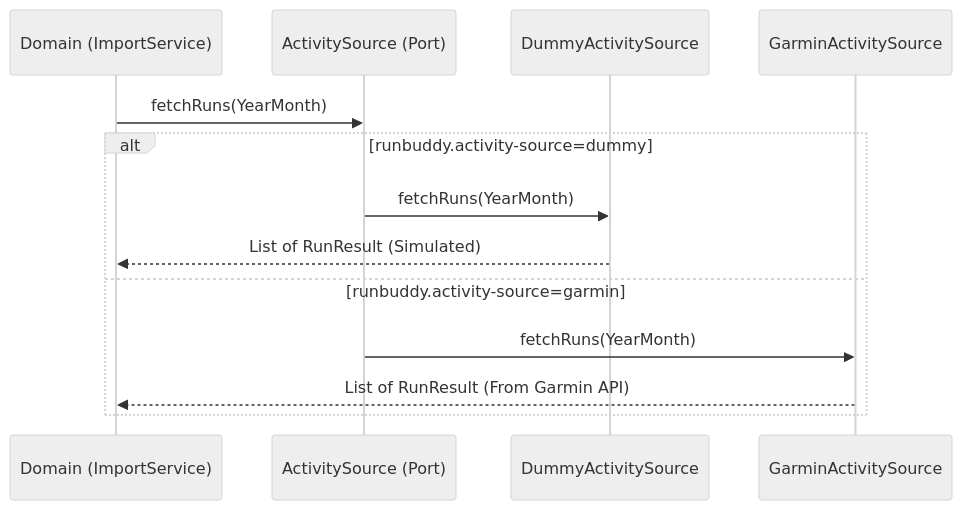
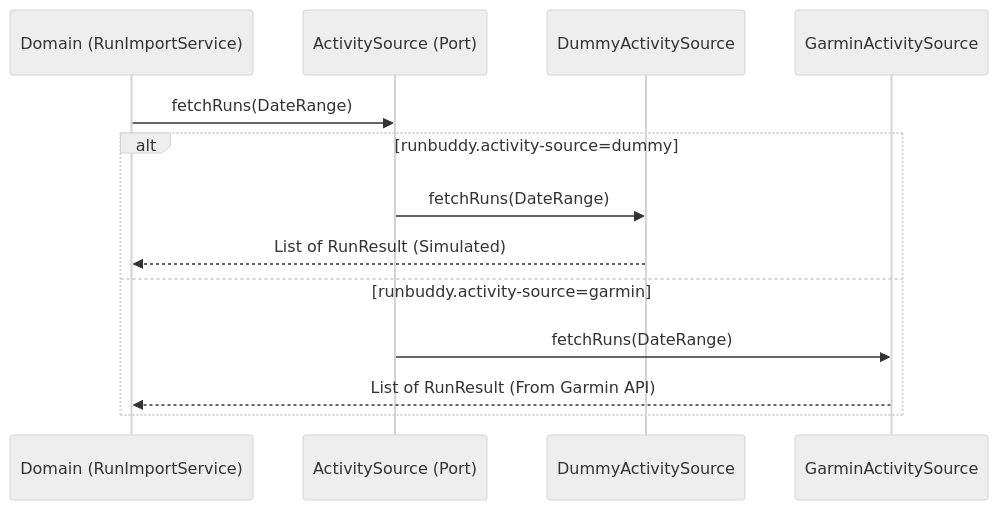
One commit to tis-abe-akira/run-buddy changed the first of 4 diagrams in openwiki/architecture/patterns.md. Above: the diagram before and after it, drawn with Mermaid (neutral theme). The commit also changed other lines of this file and 12 other files, not shown here.

````diff
--- a/openwiki/architecture/patterns.md
+++ b/openwiki/architecture/patterns.md
@@ -72,16 +97,16 @@
 ```mermaid
 sequenceDiagram
-    participant Domain as Domain (ImportService)
+    participant Domain as Domain (RunImportService)
     participant Port as ActivitySource (Port)
     participant Dummy as DummyActivitySource
     participant Garmin as GarminActivitySource
 
-    Domain->>Port: fetchRuns(YearMonth)
+    Domain->>Port: fetchRuns(DateRange)
     alt runbuddy.activity-source=dummy
-        Port->>Dummy: fetchRuns(YearMonth)
+        Port->>Dummy: fetchRuns(DateRange)
         Dummy-->>Domain: List of RunResult (Simulated)
     else runbuddy.activity-source=garmin
-        Port->>Garmin: fetchRuns(YearMonth)
+        Port->>Garmin: fetchRuns(DateRange)
         Garmin-->>Domain: List of RunResult (From Garmin API)
     end
 ```
````
